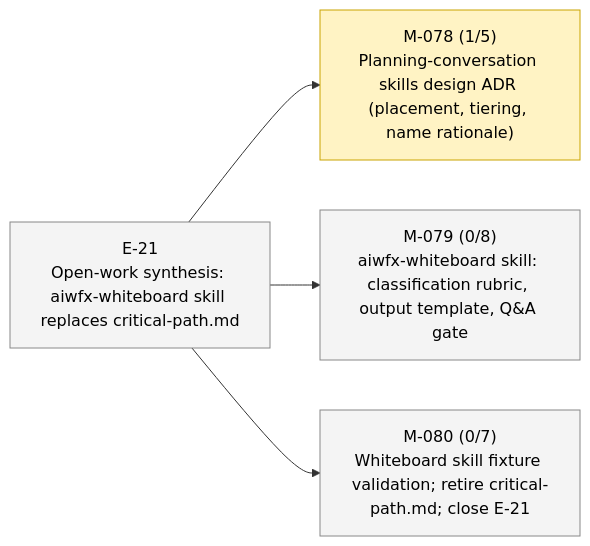
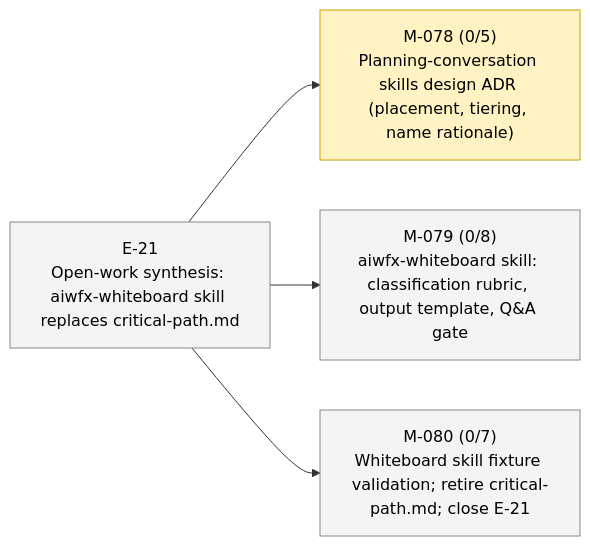
One commit to 23min/aiwf changed the second of 2 diagrams in STATUS.md. Above: the diagram before and after it, drawn with Mermaid. The commit also changed other lines of this file and 1 other file, not shown here.

````diff
--- a/STATUS.md
+++ b/STATUS.md
@@ -47,16 +47,16 @@
 ```mermaid
 flowchart LR
   E_21["E-21<br/>Open-work synthesis: aiwfx-whiteboard skill replaces critical-path.md"]:::epic_proposed
-  M_078["M-078 (1/5)<br/>Planning-conversation skills design ADR (placement, tiering, name rationale)"]:::ms_in_progress
+  M_078["M-078 (0/5)<br/>Planning-conversation skills design ADR (placement, tiering, name rationale)"]:::ms_in_progress
   E_21 --> M_078
   M_079["M-079 (0/8)<br/>aiwfx-whiteboard skill: classification rubric, output template, Q&A gate"]:::ms_draft
   E_21 --> M_079
   M_080["M-080 (0/7)<br/>Whiteboard skill fixture validation; retire critical-path.md; close E-21"]:::ms_draft
   E_21 --> M_080
   classDef epic_active fill:#d6eaff,stroke:#1a73e8,color:#000
   classDef epic_proposed fill:#f4f4f4,stroke:#888,color:#000
   classDef ms_done fill:#d8f5d8,stroke:#2a8a2a,color:#000
   classDef ms_in_progress fill:#fff3c4,stroke:#caa400,color:#000
   classDef ms_draft fill:#f4f4f4,stroke:#888,color:#000
   classDef ms_cancelled fill:#fbeaea,stroke:#c33,color:#000
 ```
````
